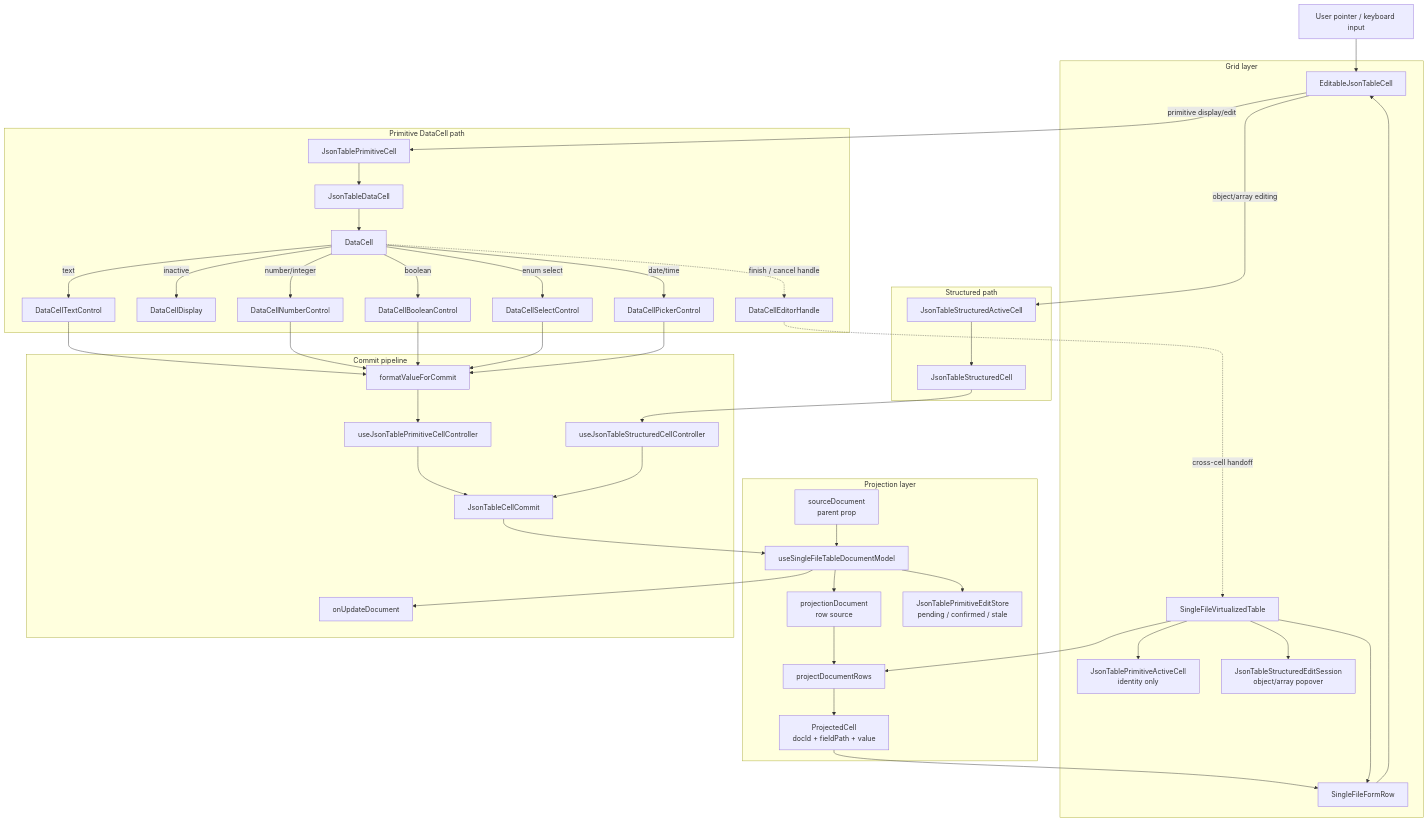
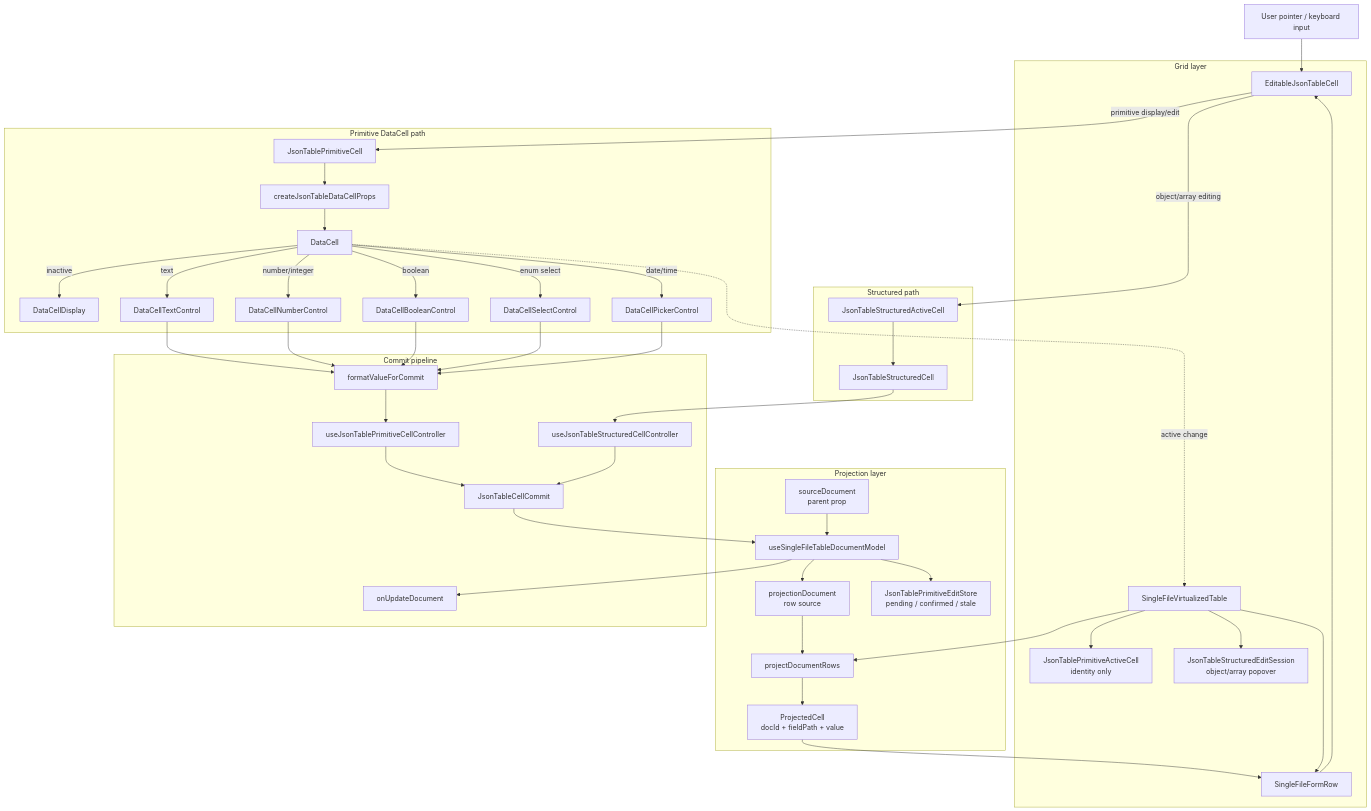
The first of 4 diagrams in components/json-table/ARCHITECTURE_DIAGRAM.md (retab-dev/retab-ui), drawn with Mermaid before and after one commit. The commit also changed other lines of this file and 277 other files, not shown here.

````diff
--- a/components/json-table/ARCHITECTURE_DIAGRAM.md
+++ b/components/json-table/ARCHITECTURE_DIAGRAM.md
@@ -5,77 +5,75 @@
 ```mermaid
 flowchart TD
   User["User pointer / keyboard input"]
 
   subgraph Projection["Projection layer"]
     SourceDocument["sourceDocument<br/>parent prop"]
     DocumentModel["useSingleFileTableDocumentModel"]
     ProjectionDocument["projectionDocument<br/>row source"]
     PrimitiveEditStore["JsonTablePrimitiveEditStore<br/>pending / confirmed / stale"]
     ProjectRows["projectDocumentRows"]
     ProjectedCell["ProjectedCell<br/>docId + fieldPath + value"]
   end
 
   subgraph Grid["Grid layer"]
     VirtualTable["SingleFileVirtualizedTable"]
     PrimitiveActive["JsonTablePrimitiveActiveCell<br/>identity only"]
     StructuredSession["JsonTableStructuredEditSession<br/>object/array popover"]
     Row["SingleFileFormRow"]
     Cell["EditableJsonTableCell"]
   end
 
   subgraph Primitive["Primitive DataCell path"]
     PrimitiveAdapter["JsonTablePrimitiveCell"]
-    JsonDataCell["JsonTableDataCell"]
-    EditorHandle["DataCellEditorHandle"]
+    PropsAdapter["createJsonTableDataCellProps"]
     DataCell["DataCell"]
     Display["DataCellDisplay"]
     Text["DataCellTextControl"]
     Number["DataCellNumberControl"]
     Boolean["DataCellBooleanControl"]
     Select["DataCellSelectControl"]
     Picker["DataCellPickerControl"]
   end
 
   subgraph Structured["Structured path"]
     ActiveStructured["JsonTableStructuredActiveCell"]
     StructuredCell["JsonTableStructuredCell"]
   end
 
   subgraph Commit["Commit pipeline"]
     Normalize["formatValueForCommit"]
     PrimitiveController["useJsonTablePrimitiveCellController"]
     StructuredController["useJsonTableStructuredCellController"]
     CellCommit["JsonTableCellCommit"]
     Patch["onUpdateDocument"]
   end
 
   User --> Cell
   SourceDocument --> DocumentModel --> ProjectionDocument --> ProjectRows
   DocumentModel --> PrimitiveEditStore
   ProjectRows --> ProjectedCell --> Row
   VirtualTable --> ProjectRows
   VirtualTable --> PrimitiveActive
   VirtualTable --> StructuredSession
   VirtualTable --> Row --> Cell
 
-  Cell -->|primitive display/edit| PrimitiveAdapter --> JsonDataCell --> DataCell
-  DataCell -. "finish / cancel handle" .-> EditorHandle
-  EditorHandle -. "cross-cell handoff" .-> VirtualTable
+  Cell -->|primitive display/edit| PrimitiveAdapter --> PropsAdapter --> DataCell
+  DataCell -. "active change" .-> VirtualTable
   DataCell -->|inactive| Display
   DataCell -->|text| Text
   DataCell -->|number/integer| Number
   DataCell -->|boolean| Boolean
   DataCell -->|enum select| Select
   DataCell -->|date/time| Picker
 
   Cell -->|object/array editing| ActiveStructured --> StructuredCell
 
   Text --> Normalize
   Number --> Normalize
   Boolean --> Normalize
   Select --> Normalize
   Picker --> Normalize
   Normalize --> PrimitiveController --> CellCommit
   StructuredCell --> StructuredController --> CellCommit
   CellCommit --> DocumentModel --> Patch
 ```
````
